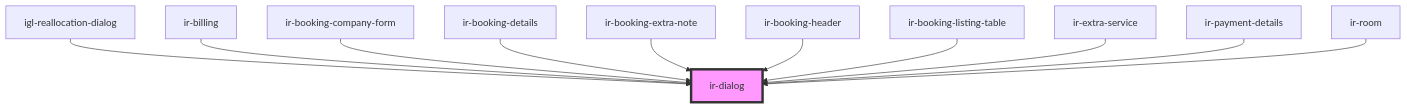
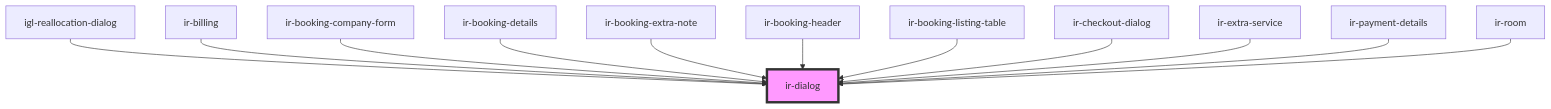
Before and after one commit to David1Chowaifaty/modified-ir-webcmp: the diagram in src/components/ui/ir-dialog/readme.md, drawn with Mermaid. The commit also changed other lines of this file and 20 other files, not shown here.

````diff
--- a/src/components/ui/ir-dialog/readme.md
+++ b/src/components/ui/ir-dialog/readme.md
@@ -67,14 +68,15 @@
 ```mermaid
 graph TD;
   igl-reallocation-dialog --> ir-dialog
   ir-billing --> ir-dialog
   ir-booking-company-form --> ir-dialog
   ir-booking-details --> ir-dialog
   ir-booking-extra-note --> ir-dialog
   ir-booking-header --> ir-dialog
   ir-booking-listing-table --> ir-dialog
+  ir-checkout-dialog --> ir-dialog
   ir-extra-service --> ir-dialog
   ir-payment-details --> ir-dialog
   ir-room --> ir-dialog
   style ir-dialog fill:#f9f,stroke:#333,stroke-width:4px
 ```
````
